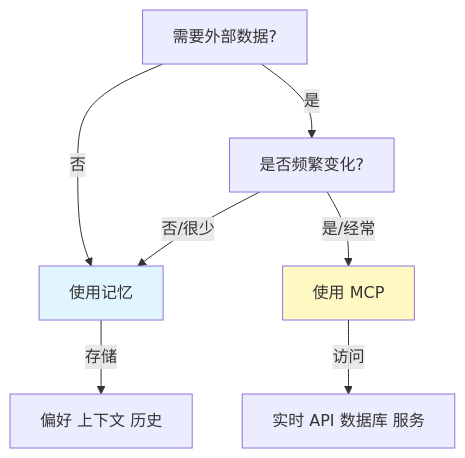
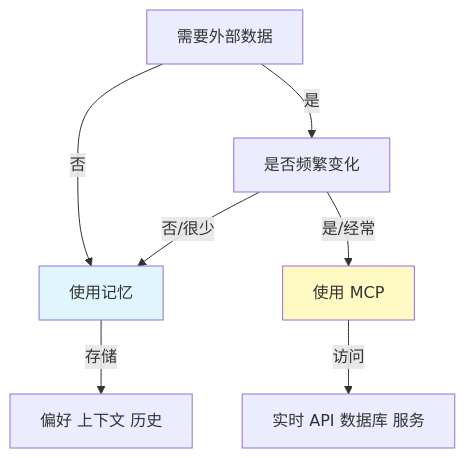
One commit to Rx782-Fss/claude-howto-zh changed diagram 15 of 31 in claude-howto-zh/claude_concepts_guide.md. Above: the diagram before and after it, drawn with Mermaid. The commit also changed other lines of this file and 6 other files, not shown here.

First line of the commit message:
fix: 清除 Mermaid 节点/消息中的问号(?)导致GitHub渲染失败

````diff
--- a/claude-howto-zh/claude_concepts_guide.md
+++ b/claude-howto-zh/claude_concepts_guide.md
@@ -1189,14 +1189,14 @@
 ```mermaid
 graph TD
-    A["需要外部数据?"]
+    A["需要外部数据"]
     A -->|否| B["使用记忆"]
-    A -->|是| C["是否频繁变化?"]
+    A -->|是| C["是否频繁变化"]
     C -->|否/很少| B
     C -->|是/经常| D["使用 MCP"]
 
     B -->|存储| E["偏好 上下文 历史"]
     D -->|访问| F["实时 API 数据库 服务"]
 
     style B fill:#e1f5ff
     style D fill:#fff9c4
 ```
````
